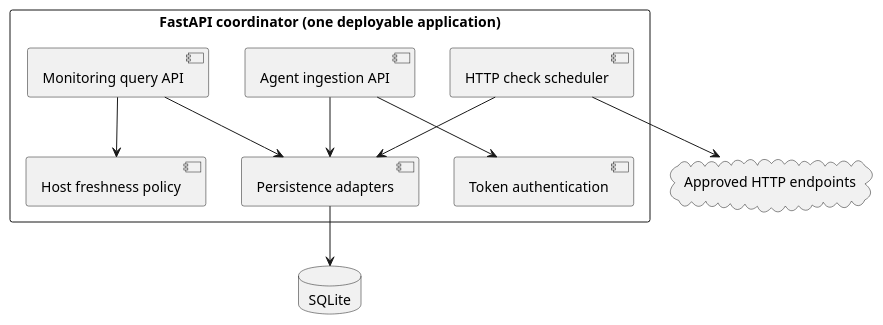
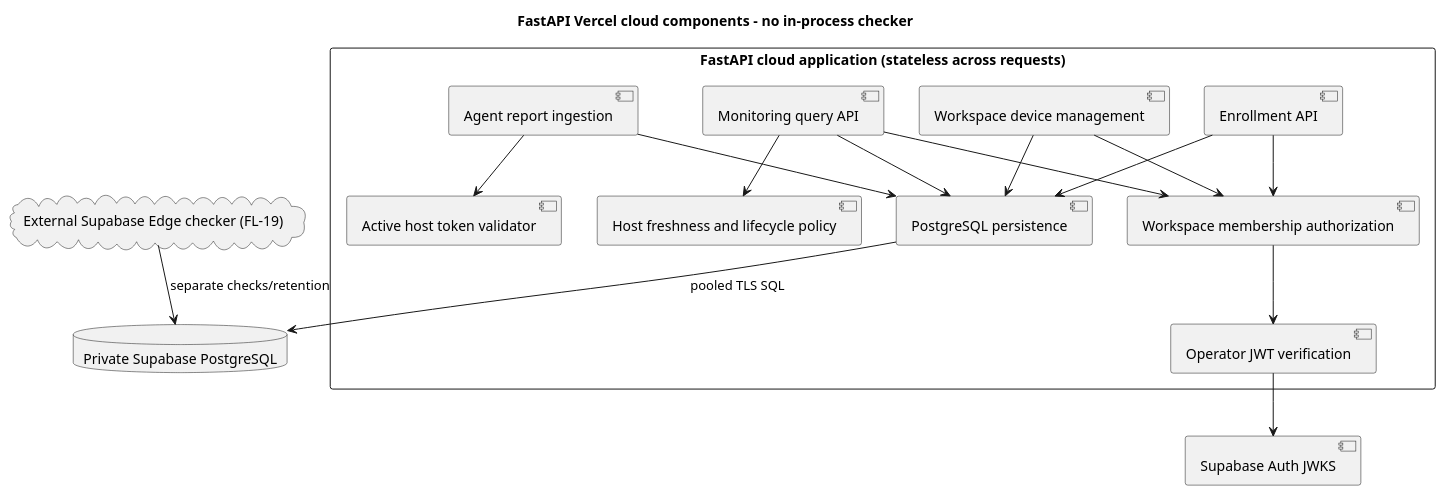
Before and after one commit to Adam-BArbia/fleetluma: the diagram in docs/uml/plantuml/29_composite_coordinator.puml, drawn with PlantUML.

Commit message:
docs(FL-31): align 29_composite_coordinator.puml with pairing v0.1

```diff
--- a/docs/uml/plantuml/29_composite_coordinator.puml
+++ b/docs/uml/plantuml/29_composite_coordinator.puml
@@ -1,19 +1,30 @@
 @startuml 29_composite_coordinator
-rectangle "FastAPI coordinator (one deployable application)" {
- component "Agent ingestion API" as Ingest
+title FastAPI Vercel cloud components - no in-process checker
+rectangle "FastAPI cloud application (stateless across requests)" {
+ component "Enrollment API" as Enrollment
+ component "Workspace device management" as Admin
  component "Monitoring query API" as Query
- component "Token authentication" as Auth
- component "Host freshness policy" as Fresh
- component "HTTP check scheduler" as Sched
- component "Persistence adapters" as Persist
+ component "Agent report ingestion" as Ingest
+ component "Operator JWT verification" as JWT
+ component "Workspace membership authorization" as Member
+ component "Active host token validator" as Token
+ component "Host freshness and lifecycle policy" as Fresh
+ component "PostgreSQL persistence" as Persist
 }
-database SQLite as DB
-cloud "Approved HTTP endpoints" as HTTP
-Ingest --> Auth
-Ingest --> Persist
+database "Private Supabase PostgreSQL" as DB
+component "Supabase Auth JWKS" as Auth
+cloud "External Supabase Edge checker (FL-19)" as Checker
+Enrollment --> Member
+Admin --> Member
+Query --> Member
+Member --> JWT
+JWT --> Auth
+Ingest --> Token
+Enrollment --> Persist
+Admin --> Persist
 Query --> Fresh
 Query --> Persist
-Sched --> Persist
-Sched --> HTTP
-Persist --> DB
+Ingest --> Persist
+Persist --> DB : pooled TLS SQL
+Checker --> DB : separate checks/retention
 @enduml
```
